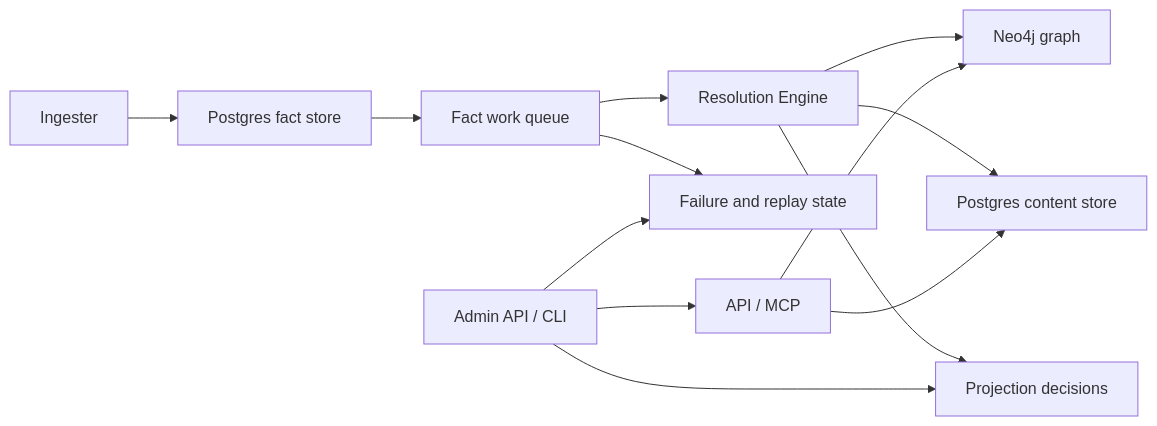
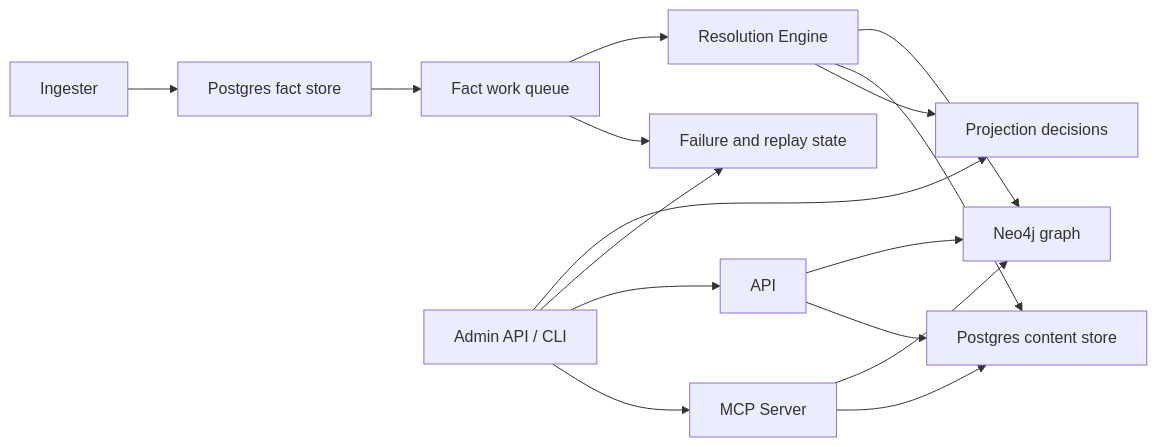
One commit to platformcontext/platform-context-graph changed the diagram in docs/docs/reference/telemetry/index.md. Above: the diagram before and after it, drawn with Mermaid. The commit also changed 5 other files, not shown here.

````diff
--- a/docs/docs/reference/telemetry/index.md
+++ b/docs/docs/reference/telemetry/index.md
@@ -42,15 +42,18 @@
 ```mermaid
 flowchart LR
   A["Ingester"] --> B["Postgres fact store"]
   B --> C["Fact work queue"]
   C --> D["Resolution Engine"]
   D --> E["Neo4j graph"]
   D --> F["Postgres content store"]
   D --> G["Projection decisions"]
   C --> H["Failure and replay state"]
-  I["API / MCP"] --> E
+  I["API"] --> E
   I --> F
-  J["Admin API / CLI"] --> G
-  J --> H
-  J --> I
+  J["MCP Server"] --> E
+  J --> F
+  K["Admin API / CLI"] --> G
+  K --> H
+  K --> I
+  K --> J
 ```
````
